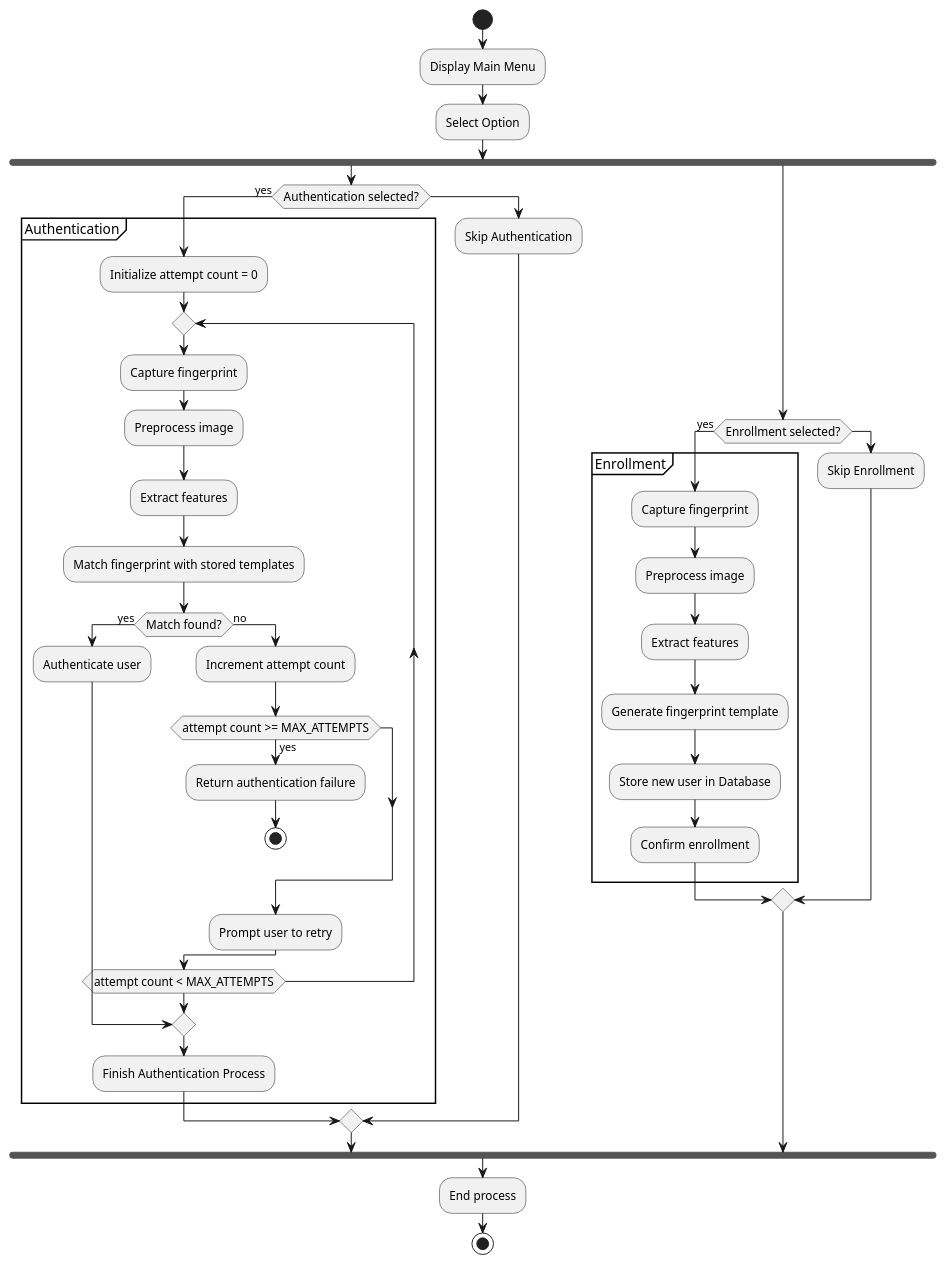
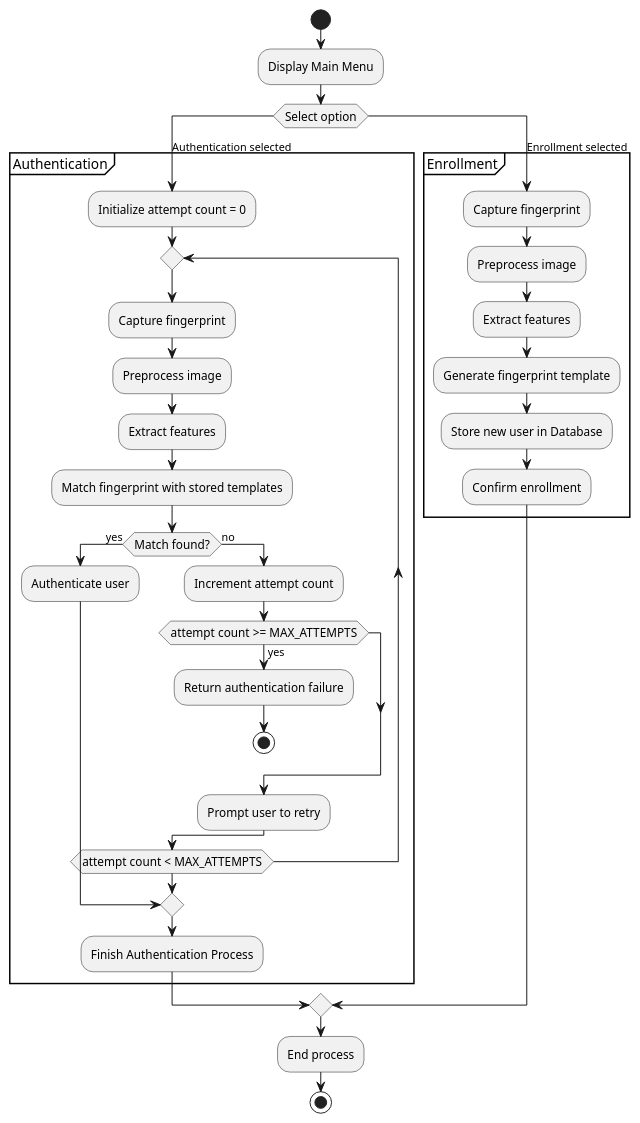
One commit to SkyTech131/Software-and-System-Developement changed the diagram in Lab 3/Activity_Diagram.puml. Above: the diagram before and after it, drawn with PlantUML. The commit also changed 1 other file, not shown here.

Commit message:
Updated Activity Diagram

```diff
--- a/Lab 3/Activity_Diagram.puml
+++ b/Lab 3/Activity_Diagram.puml
@@ -1,54 +1,46 @@
 @startuml
 skinparam activity {
   FontName Arial
   FontSize 12
 }
 
 start
 :Display Main Menu;
-:Select Option;
 
-fork
-  if (Authentication selected?) then (yes)
-    partition Authentication {
-      :Initialize attempt count = 0;
-      repeat
-        :Capture fingerprint;
-        :Preprocess image;
-        :Extract features;
-        :Match fingerprint with stored templates;
-        if (Match found?) then (yes)
-          :Authenticate user;
-          break
-        else (no)
-          :Increment attempt count;
-          if (attempt count >= MAX_ATTEMPTS) then (yes)
-            :Return authentication failure;
-            stop
-          endif
-          :Prompt user to retry;
-        endif
-      repeat while (attempt count < MAX_ATTEMPTS)
-      :Finish Authentication Process;
-    }
-  else
-    :Skip Authentication;
-  endif
-fork again
-  if (Enrollment selected?) then (yes)
-    partition Enrollment {
+switch (Select option)
+case (Authentication selected)
+  partition Authentication {
+    :Initialize attempt count = 0;
+    repeat
       :Capture fingerprint;
       :Preprocess image;
       :Extract features;
-      :Generate fingerprint template;
-      :Store new user in Database;
-      :Confirm enrollment;
-    }
-  else
-    :Skip Enrollment;
-  endif
-end fork
+      :Match fingerprint with stored templates;
+      if (Match found?) then (yes)
+        :Authenticate user;
+        break
+      else (no)
+        :Increment attempt count;
+        if (attempt count >= MAX_ATTEMPTS) then (yes)
+          :Return authentication failure;
+          stop
+        endif
+        :Prompt user to retry;
+      endif
+    repeat while (attempt count < MAX_ATTEMPTS)
+    :Finish Authentication Process;
+  }
+case (Enrollment selected)
+  partition Enrollment {
+    :Capture fingerprint;
+    :Preprocess image;
+    :Extract features;
+    :Generate fingerprint template;
+    :Store new user in Database;
+    :Confirm enrollment;
+  }
+endswitch
 
 :End process;
 stop
 @enduml
```
